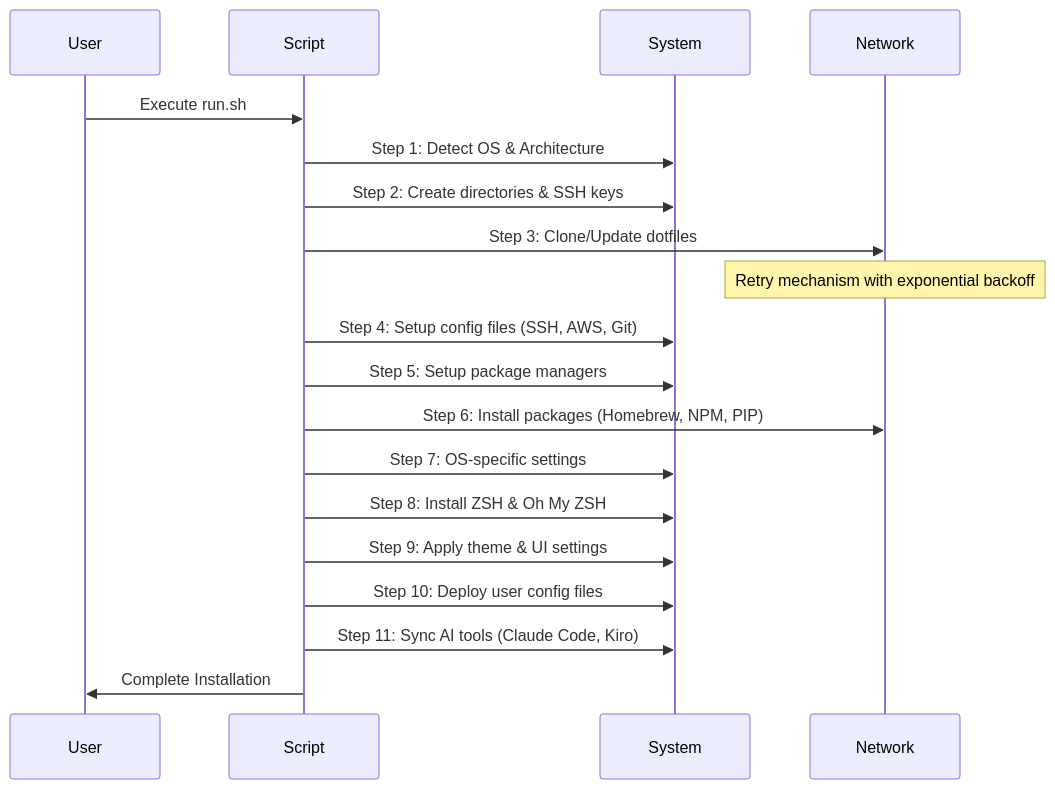
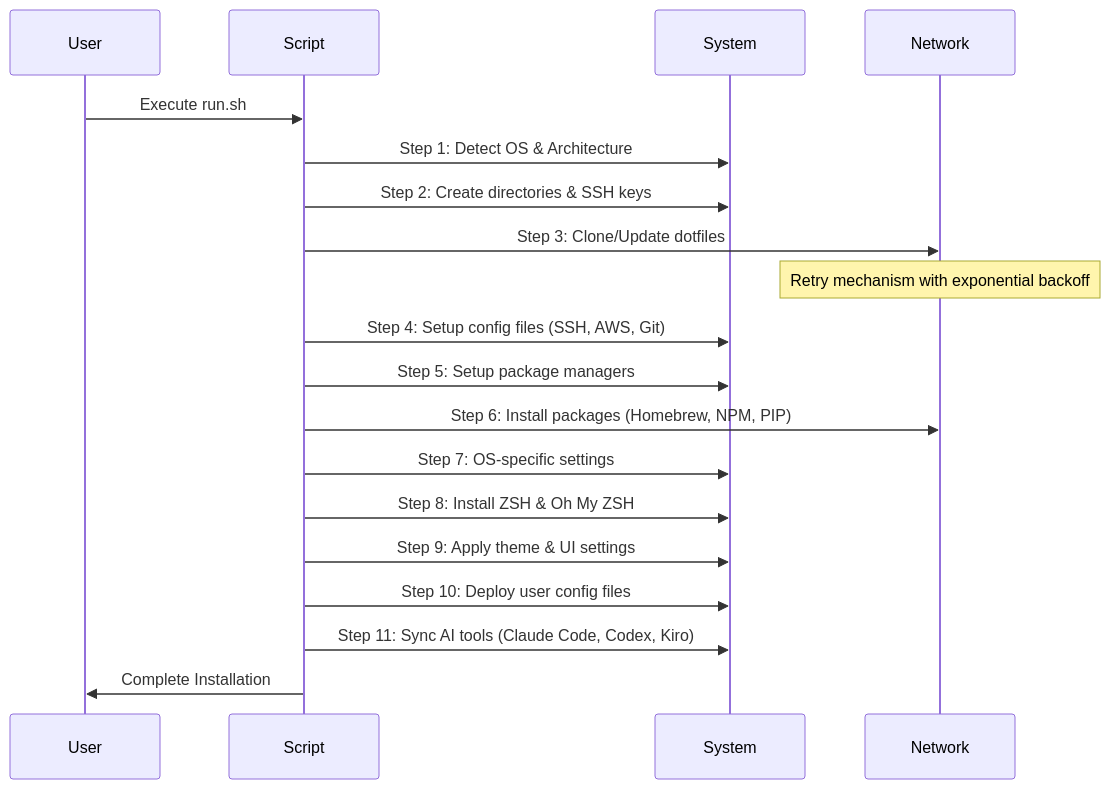
One commit to nalbam/dotfiles changed the second of 2 diagrams in docs/ARCHITECTURE.md. Above: the diagram before and after it, drawn with Mermaid. The commit also changed other lines of this file and 7 other files, not shown here.

````diff
--- a/docs/ARCHITECTURE.md
+++ b/docs/ARCHITECTURE.md
@@ -126,22 +131,22 @@
 ```mermaid
 sequenceDiagram
     participant User
     participant Script
     participant System
     participant Network
 
     User->>Script: Execute run.sh
     Script->>System: Step 1: Detect OS & Architecture
     Script->>System: Step 2: Create directories & SSH keys
     Script->>Network: Step 3: Clone/Update dotfiles
     Note over Network: Retry mechanism with exponential backoff
     Script->>System: Step 4: Setup config files (SSH, AWS, Git)
     Script->>System: Step 5: Setup package managers
     Script->>Network: Step 6: Install packages (Homebrew, NPM, PIP)
     Script->>System: Step 7: OS-specific settings
     Script->>System: Step 8: Install ZSH & Oh My ZSH
     Script->>System: Step 9: Apply theme & UI settings
     Script->>System: Step 10: Deploy user config files
-    Script->>System: Step 11: Sync AI tools (Claude Code, Kiro)
+    Script->>System: Step 11: Sync AI tools (Claude Code, Codex, Kiro)
     Script->>User: Complete Installation
 ```
````
